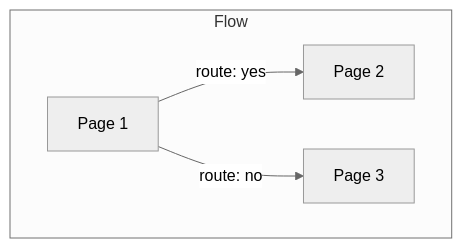
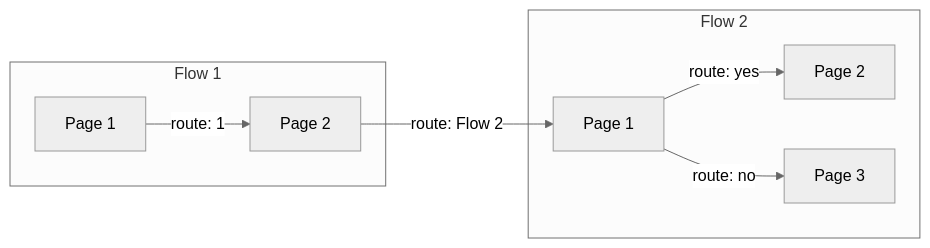
Before and after one commit to rchDev/game-of-points: the diagram in docs/conv-agent.md, drawn with Mermaid (neutral theme).

````diff
--- a/docs/conv-agent.md
+++ b/docs/conv-agent.md
@@ -19,11 +19,18 @@
 ```mermaid
-flowchart TD
-    subgraph Flow
+flowchart LR
+    subgraph Flow 2
         A["Page 1"]
         B["Page 2"]
         C["Page 3"]
     end
 
+    subgraph Flow 1
+        D["Page 1"]
+        E["Page 2"]
+    end
+
     A -->|"route: yes"| B
     A -->|"route: no"| C
+    D -->|"route: 1"| E
+    E -->|"route: Flow 2"|A
 ```
````
